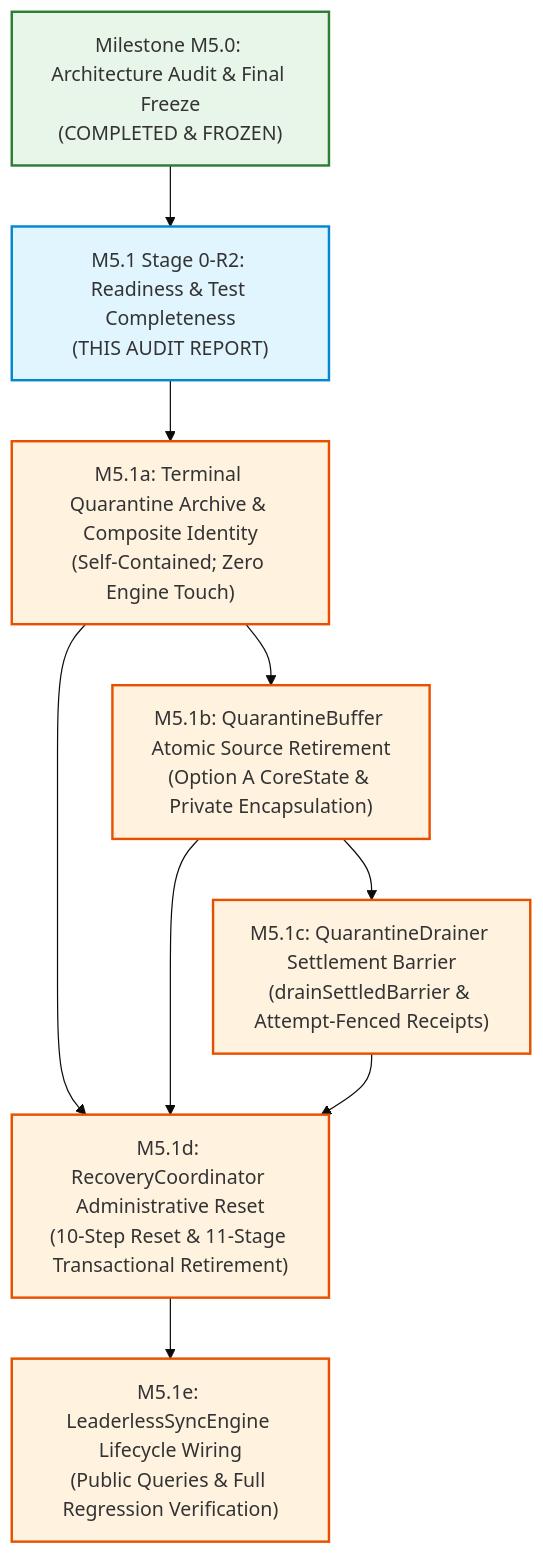
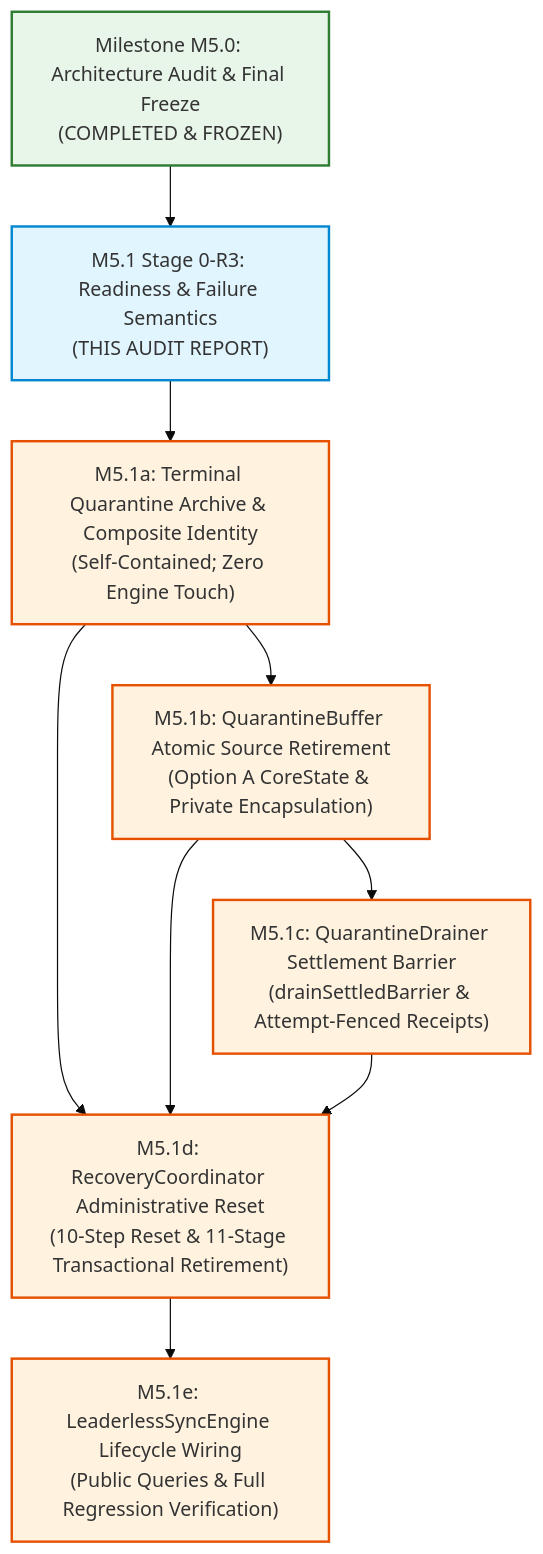
One commit to Tejdeepakchandra/SyncPlay_Protocol changed the second of 2 diagrams in docs/PHASE7_5_M5_1_STAGE0_IMPLEMENTATION_READINESS_REPORT.md. Above: the diagram before and after it, drawn with Mermaid (base theme). The commit also changed other lines of this file, not shown here.

Commit message:
docs(phase-7.5-m5.1): stage 0-r3 reset arbitration authority and custody reconciliation failure semantics

````diff
--- a/docs/PHASE7_5_M5_1_STAGE0_IMPLEMENTATION_READINESS_REPORT.md
+++ b/docs/PHASE7_5_M5_1_STAGE0_IMPLEMENTATION_READINESS_REPORT.md
@@ -328,19 +305,19 @@
 ```mermaid
 flowchart TD
-    M5_0["Milestone M5.0: Architecture Audit & Final Freeze<br/>(COMPLETED & FROZEN)"] --> M5_1_Stage0["M5.1 Stage 0-R2: Readiness & Test Completeness<br/>(THIS AUDIT REPORT)"]
+    M5_0["Milestone M5.0: Architecture Audit & Final Freeze<br/>(COMPLETED & FROZEN)"] --> M5_1_Stage0["M5.1 Stage 0-R3: Readiness & Failure Semantics<br/>(THIS AUDIT REPORT)"]
     M5_1_Stage0 --> M5_1a["M5.1a: Terminal Quarantine Archive & Composite Identity<br/>(Self-Contained; Zero Engine Touch)"]
     M5_1a --> M5_1b["M5.1b: QuarantineBuffer Atomic Source Retirement<br/>(Option A CoreState & Private Encapsulation)"]
     M5_1b --> M5_1c["M5.1c: QuarantineDrainer Settlement Barrier<br/>(drainSettledBarrier & Attempt-Fenced Receipts)"]
     M5_1a --> M5_1d["M5.1d: RecoveryCoordinator Administrative Reset<br/>(10-Step Reset & 11-Stage Transactional Retirement)"]
     M5_1b --> M5_1d
     M5_1c --> M5_1d
     M5_1d --> M5_1e["M5.1e: LeaderlessSyncEngine Lifecycle Wiring<br/>(Public Queries & Full Regression Verification)"]
 
     style M5_0 fill:#e8f5e9,stroke:#2e7d32,stroke-width:2px
     style M5_1_Stage0 fill:#e1f5fe,stroke:#0288d1,stroke-width:2px
     style M5_1a fill:#fff3e0,stroke:#e65100,stroke-width:2px
     style M5_1b fill:#fff3e0,stroke:#e65100,stroke-width:2px
     style M5_1c fill:#fff3e0,stroke:#e65100,stroke-width:2px
     style M5_1d fill:#fff3e0,stroke:#e65100,stroke-width:2px
     style M5_1e fill:#fff3e0,stroke:#e65100,stroke-width:2px
 ```
````
